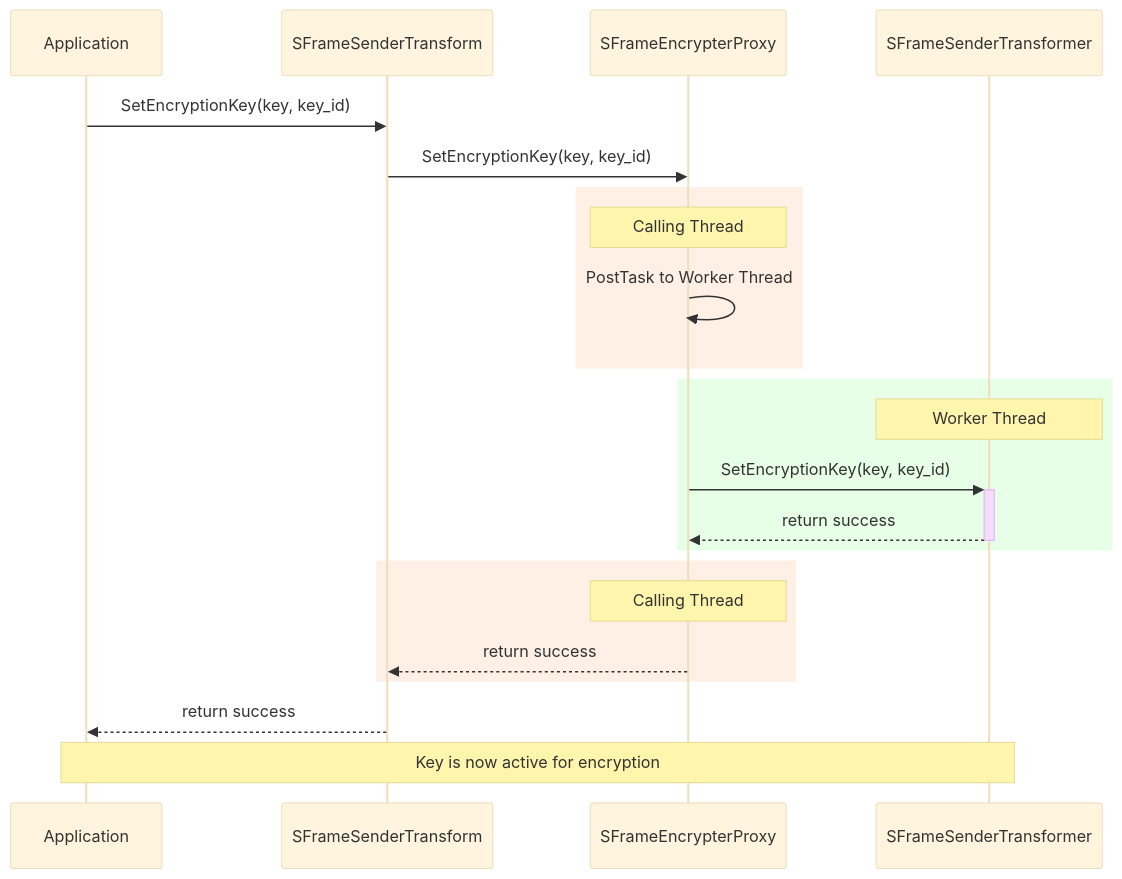
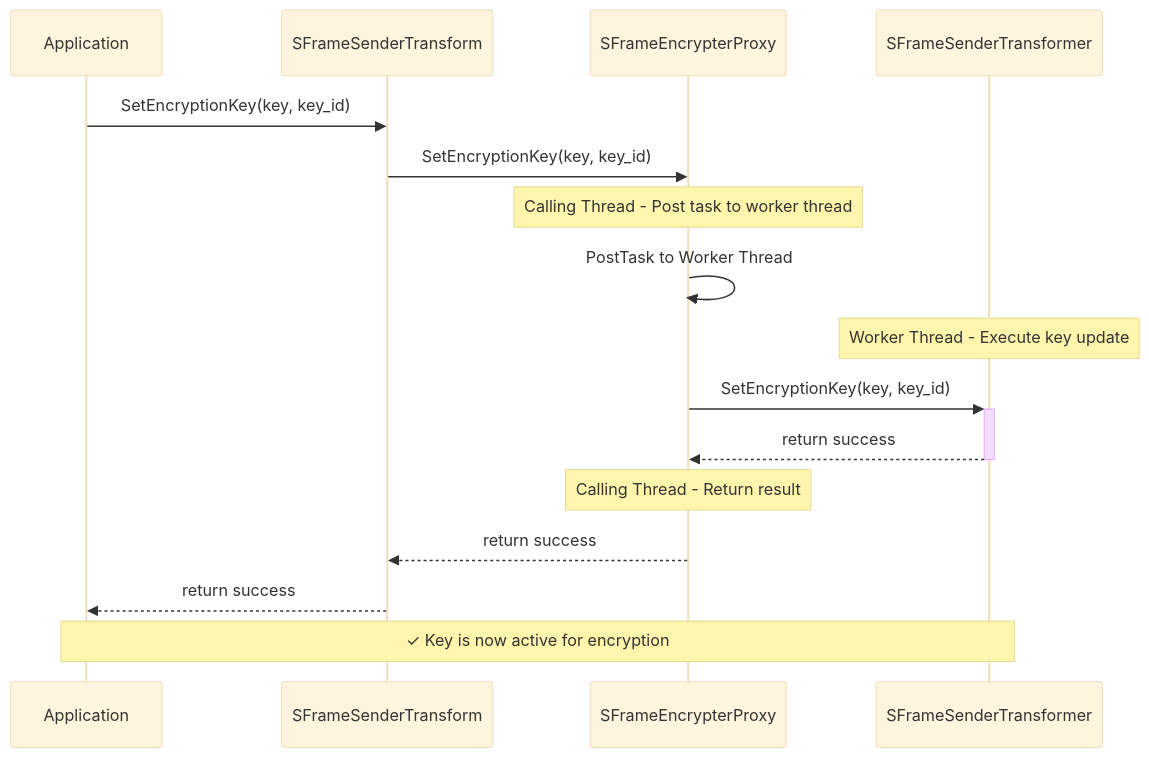
Before and after one commit to webex/webrtc-sframe: diagram 13 of 22 in README.md, drawn with Mermaid (base theme). The commit also changed other lines of this file, not shown here.

````diff
--- a/README.md
+++ b/README.md
@@ -458,30 +449,23 @@
 ```mermaid
 sequenceDiagram
     participant App as Application
     participant SenderTransform as SFrameSenderTransform
     participant Proxy as SFrameEncrypterProxy
     participant Transformer as SFrameSenderTransformer
 
     App->>SenderTransform: SetEncryptionKey(key, key_id)
     SenderTransform->>Proxy: SetEncryptionKey(key, key_id)
     
-    rect rgb(255, 240, 230)
-        Note over Proxy: Calling Thread
-        Proxy->>Proxy: PostTask to Worker Thread
-    end
+    Note over Proxy: Calling Thread - Post task to worker thread
+    Proxy->>Proxy: PostTask to Worker Thread
     
-    rect rgb(230, 255, 230)
-        Note over Transformer: Worker Thread
-        Proxy->>+Transformer: SetEncryptionKey(key, key_id)
-        Transformer-->>-Proxy: return success
-    end
+    Note over Transformer: Worker Thread - Execute key update
+    Proxy->>+Transformer: SetEncryptionKey(key, key_id)
+    Transformer-->>-Proxy: return success
     
-    rect rgb(255, 240, 230)
-        Note over Proxy: Calling Thread
-        Proxy-->>SenderTransform: return success
-    end
-    
+    Note over Proxy: Calling Thread - Return result
+    Proxy-->>SenderTransform: return success
     SenderTransform-->>App: return success
     
-    Note over App,Transformer: Key is now active for encryption
+    Note over App,Transformer: ✓ Key is now active for encryption
 ```
````
